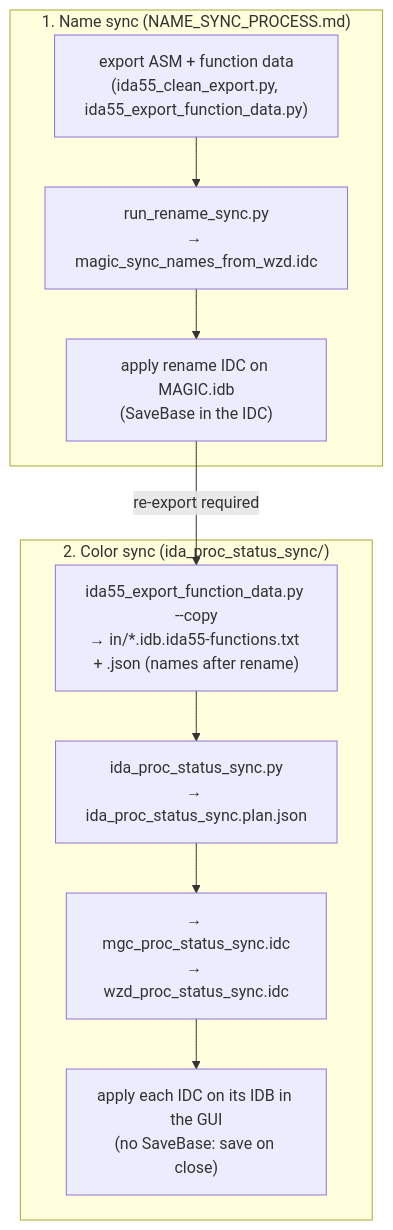
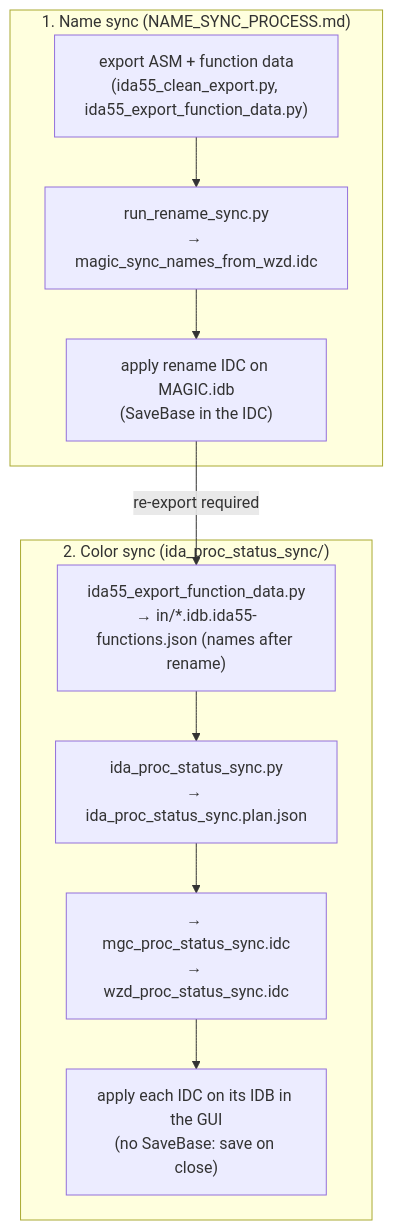
One commit to jbalcomb/STU-Extras changed the diagram in Piethawn/Piethawn/COLOR_SYNC_PROCESS.md. Above: the diagram before and after it, drawn with Mermaid. The commit also changed other lines of this file and 104 other files, not shown here.

````diff
--- a/Piethawn/Piethawn/COLOR_SYNC_PROCESS.md
+++ b/Piethawn/Piethawn/COLOR_SYNC_PROCESS.md
@@ -42,19 +42,19 @@
 ```mermaid
 flowchart TD
     subgraph NS["1. Name sync (NAME_SYNC_PROCESS.md)"]
         N1["export ASM + function data<br/>(ida55_clean_export.py, ida55_export_function_data.py)"]
         N2["run_rename_sync.py<br/>→ magic_sync_names_from_wzd.idc"]
         N3["apply rename IDC on MAGIC.idb<br/>(SaveBase in the IDC)"]
         N1 --> N2 --> N3
     end
 
     subgraph CS["2. Color sync (ida_proc_status_sync/)"]
-        C1["ida55_export_function_data.py --copy<br/>→ in/*.idb.ida55-functions.txt + .json (names after rename)"]
+        C1["ida55_export_function_data.py<br/>→ in/*.idb.ida55-functions.json (names after rename)"]
         C3["ida_proc_status_sync.py<br/>→ ida_proc_status_sync.plan.json"]
         C4["→ mgc_proc_status_sync.idc<br/>→ wzd_proc_status_sync.idc"]
         C5["apply each IDC on its IDB in the GUI<br/>(no SaveBase: save on close)"]
         C1 --> C3 --> C4 --> C5
     end
 
     N3 -->|re-export required| C1
 ```
````
